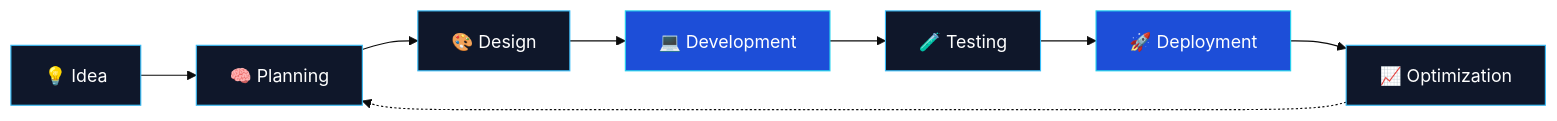
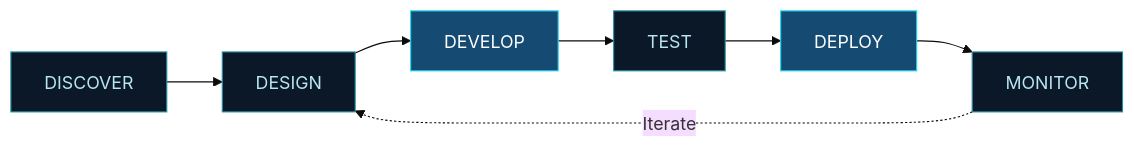
The diagram in README.md (Coldzy213/Coldzy213), drawn with Mermaid (base theme) before and after one commit. The commit also changed other lines of this file, not shown here.

````diff
--- a/README.md
+++ b/README.md
@@ -241,16 +169,15 @@
 ```mermaid
 flowchart LR
-    A["💡 Idea"] --> B["🧠 Planning"]
-    B --> C["🎨 Design"]
-    C --> D["💻 Development"]
-    D --> E["🧪 Testing"]
-    E --> F["🚀 Deployment"]
-    F --> G["📈 Optimization"]
-    G -.-> B
-
-    classDef primary fill:#0F172A,stroke:#38BDF8,color:#FFFFFF
-    classDef active fill:#1D4ED8,stroke:#22D3EE,color:#FFFFFF
-
-    class A,B,C,E,G primary
-    class D,F active
+    A[DISCOVER] --> B[DESIGN]
+    B --> C[DEVELOP]
+    C --> D[TEST]
+    D --> E[DEPLOY]
+    E --> F[MONITOR]
+    F -. Iterate .-> B
+    style A fill:#0b1827,color:#b8e6f2,stroke:#278da4
+    style B fill:#0b1827,color:#b8e6f2,stroke:#278da4
+    style C fill:#154a72,color:#ffffff,stroke:#22d3ee
+    style D fill:#0b1827,color:#b8e6f2,stroke:#278da4
+    style E fill:#154a72,color:#ffffff,stroke:#22d3ee
+    style F fill:#0b1827,color:#b8e6f2,stroke:#278da4
 ```
````
